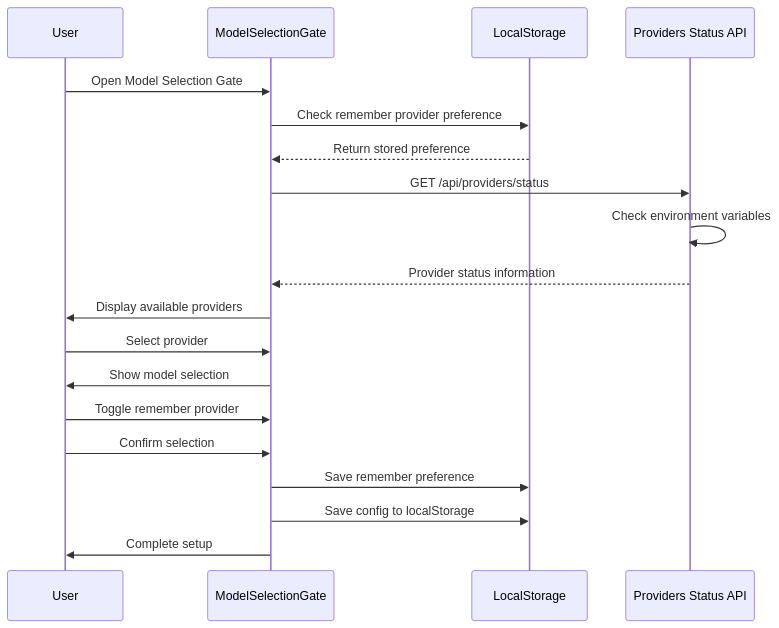
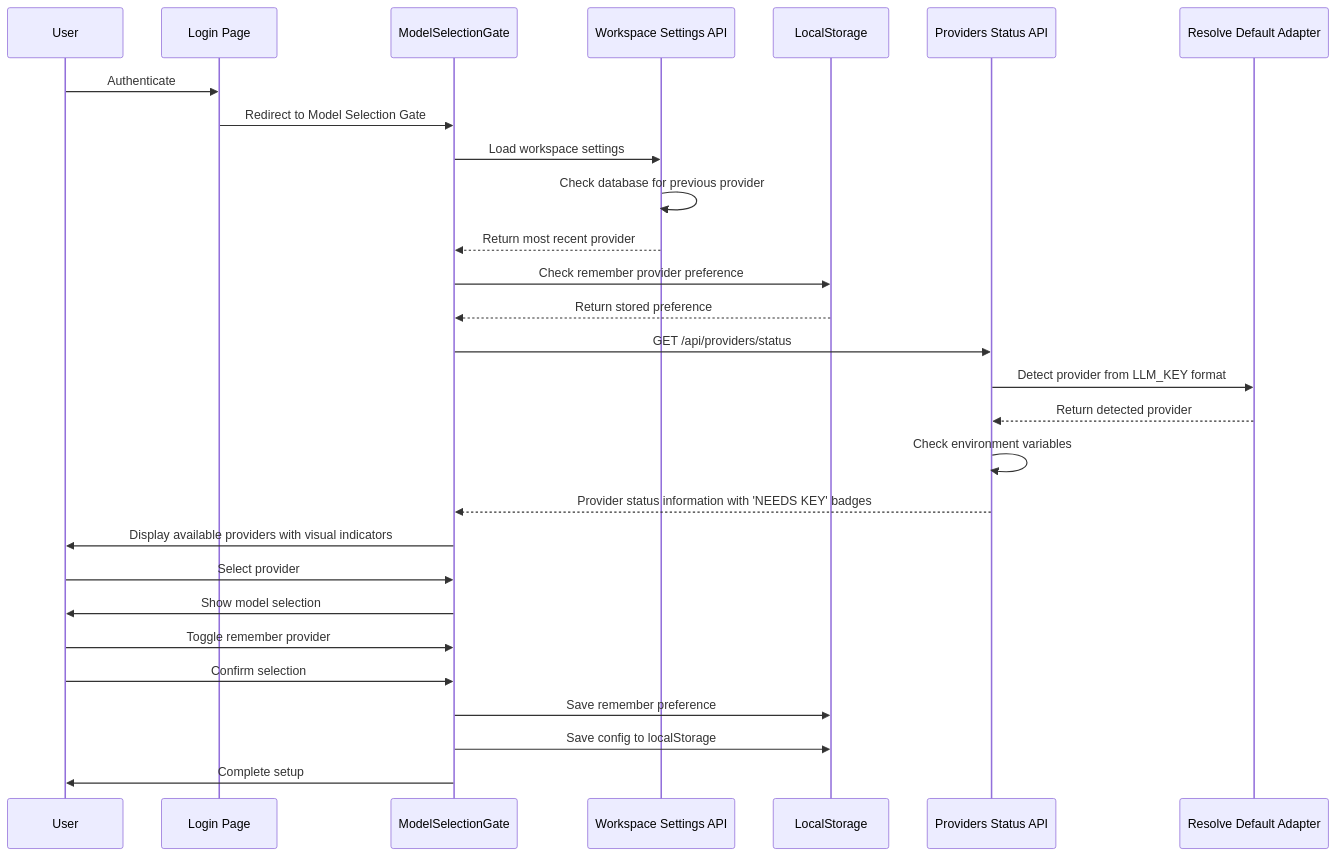
One commit to shekhargiri005-dotcom/AI-powered-accessibility-first-UI-engine changed the second of 5 diagrams in .qoder/repowiki/en/content/Model Selection Gate.md. Above: the diagram before and after it, drawn with Mermaid. The commit also changed other lines of this file and 20 other files, not shown here.

Commit message:
Remove Vision check/Final Round - unused, saves API costs and pipeline time

````diff
--- a/.qoder/repowiki/en/content/Model Selection Gate.md
+++ b/.qoder/repowiki/en/content/Model Selection Gate.md
@@ -104,21 +153,30 @@
 ```mermaid
 sequenceDiagram
 participant User as User
+participant Login as Login Page
 participant MSG as ModelSelectionGate
+participant WS as Workspace Settings API
 participant LS as LocalStorage
 participant API as Providers Status API
-User->>MSG : Open Model Selection Gate
+participant RDA as Resolve Default Adapter
+User->>Login : Authenticate
+Login->>MSG : Redirect to Model Selection Gate
+MSG->>WS : Load workspace settings
+WS->>WS : Check database for previous provider
+WS-->>MSG : Return most recent provider
 MSG->>LS : Check remember provider preference
 LS-->>MSG : Return stored preference
 MSG->>API : GET /api/providers/status
+API->>RDA : Detect provider from LLM_KEY format
+RDA-->>API : Return detected provider
 API->>API : Check environment variables
-API-->>MSG : Provider status information
-MSG->>User : Display available providers
+API-->>MSG : Provider status information with 'NEEDS KEY' badges
+MSG->>User : Display available providers with visual indicators
 User->>MSG : Select provider
 MSG->>User : Show model selection
 User->>MSG : Toggle remember provider
 User->>MSG : Confirm selection
 MSG->>LS : Save remember preference
 MSG->>LS : Save config to localStorage
 MSG->>User : Complete setup
 ```
````
